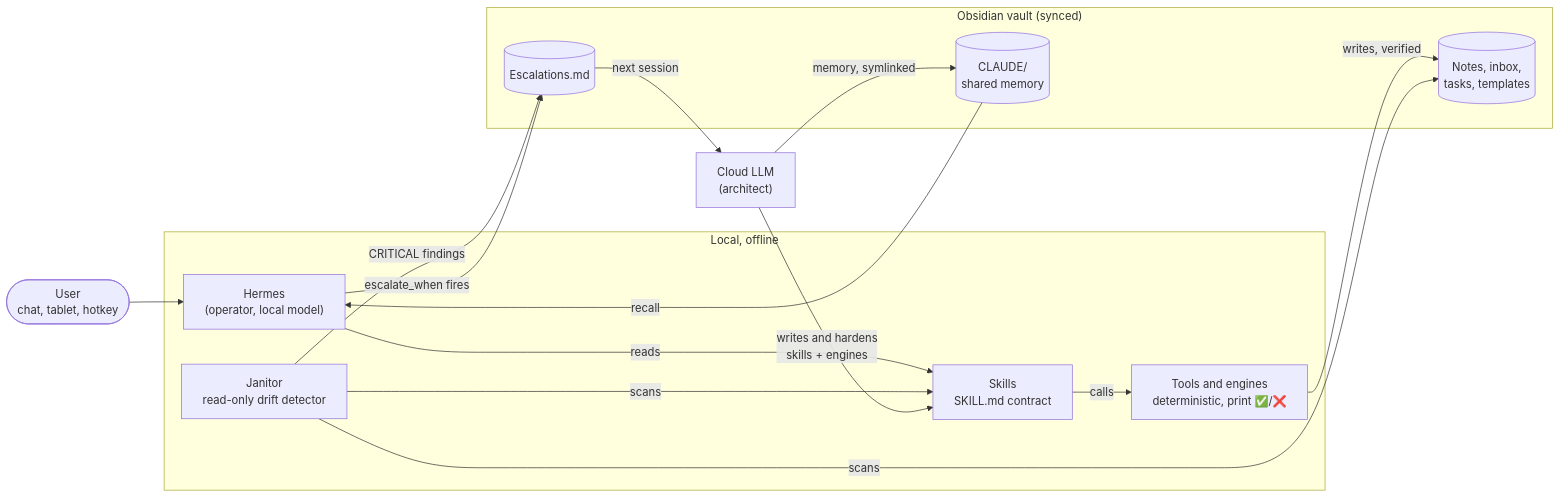
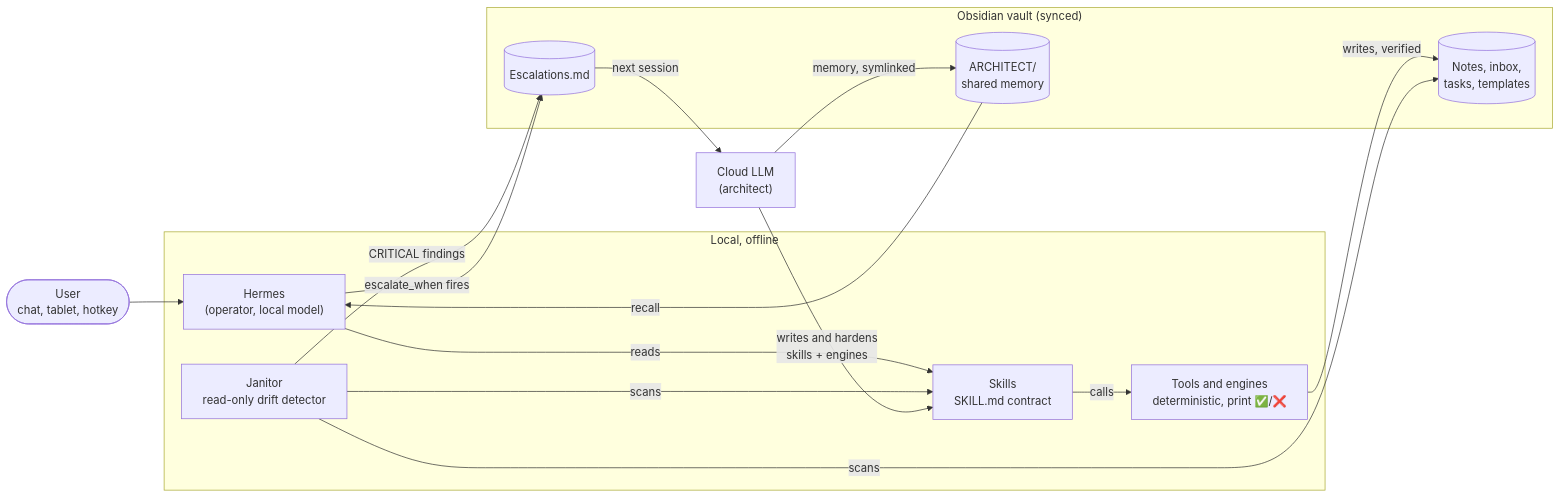
Before and after one commit to CipherNovaa/agent-skills: the diagram in README.md, drawn with Mermaid. The commit also changed other lines of this file and 29 other files, not shown here.

First line of the commit message:
name the roles, not the tools: architect instead of the cloud model's product name

````diff
--- a/README.md
+++ b/README.md
@@ -24,31 +24,31 @@
 ```mermaid
 flowchart LR
     U([User<br/>chat, tablet, hotkey]) --> H
 
     subgraph local["Local, offline"]
         H["Hermes<br/>(operator, local model)"]
         S["Skills<br/>SKILL.md contract"]
         T["Tools and engines<br/>deterministic, print ✅/❌"]
         J["Janitor<br/>read-only drift detector"]
         H -- reads --> S
         S -- calls --> T
     end
 
     subgraph vault["Obsidian vault (synced)"]
         N[(Notes, inbox,<br/>tasks, templates)]
-        M[(CLAUDE/<br/>shared memory)]
+        M[(ARCHITECT/<br/>shared memory)]
         E[(Escalations.md)]
     end
 
     T -- writes, verified --> N
     J -- scans --> N
     J -- scans --> S
     J -- "CRITICAL findings" --> E
     H -- "escalate_when fires" --> E
 
     C["Cloud LLM<br/>(architect)"]
     E -- next session --> C
     C -- "writes and hardens<br/>skills + engines" --> S
     C -- "memory, symlinked" --> M
     M -- recall --> H
 ```
````
